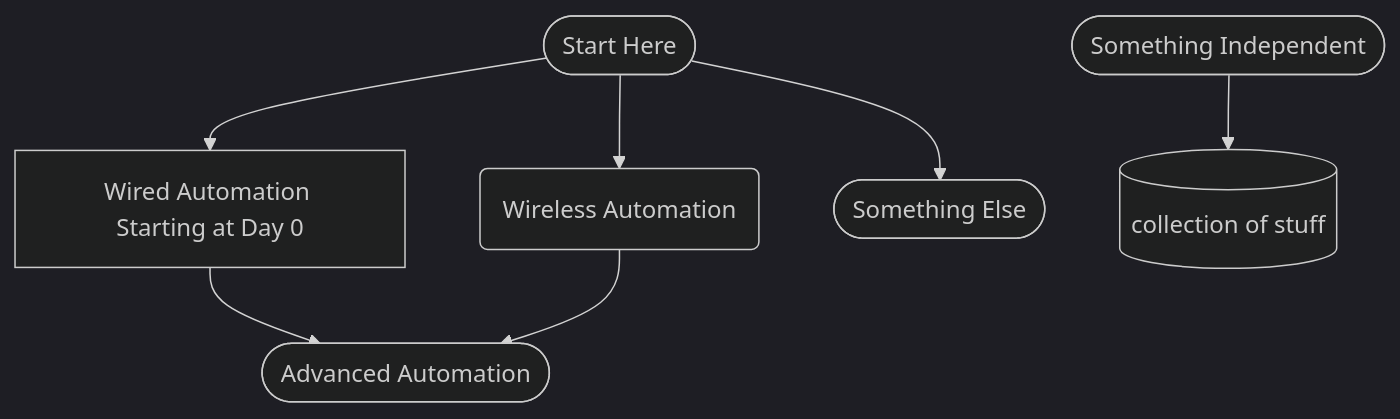
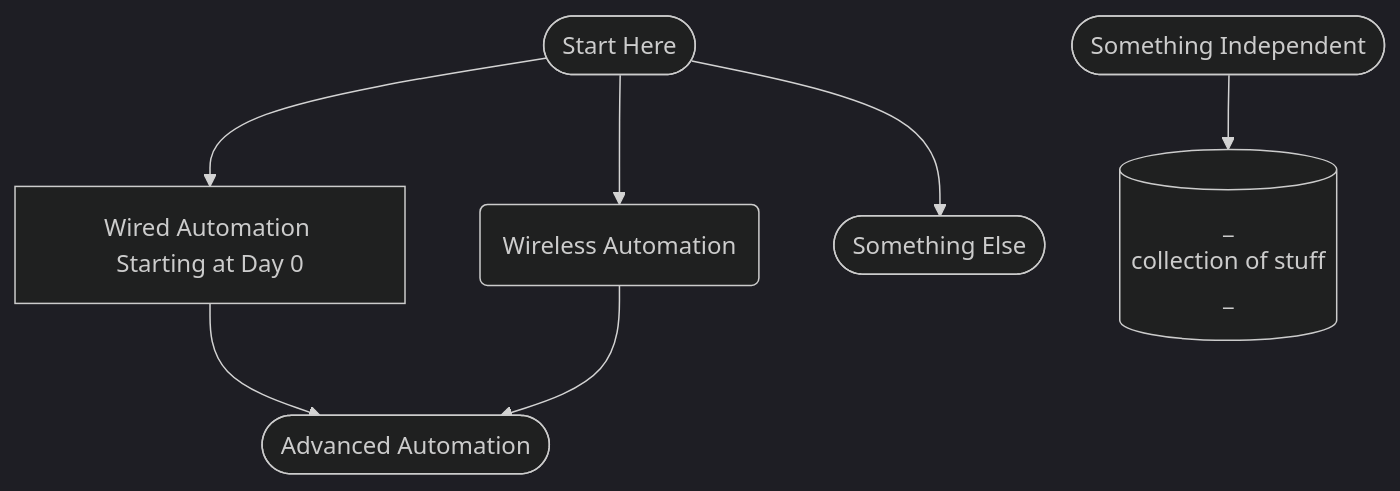
The diagram in flowdiagram.md (chanhale/toshare), drawn with Mermaid (dark theme) before and after one commit.

````diff
--- a/flowdiagram.md
+++ b/flowdiagram.md
@@ -3,17 +3,18 @@
 ```mermaid
 graph TD;
     box1([Start Here]);
     box2[Wired Automation Starting at Day 0];
     box3(Wireless Automation);
     box4([Something Else]);
     box5([Advanced Automation]);
     box6([Something Independent]);
-    box7[("`
-     collection of stuff`")];
+    box7[("`_
+     collection of stuff
+    _`")];
     box1-->box2 & box3 & box4;
     box2 & box3-->box5;
     box6-->box7;
     click box2 "https://github.com/kebaldwi/DNAC-TEMPLATES/tree/master/LABS/LAB-1-Wired-Automation" "wired";
     click box3 "https://github.com/kebaldwi/DNAC-TEMPLATES/tree/master/LABS/LAB-2-Wireless-Automation" "wireless";
     click box5 "https://github.com/kebaldwi/DNAC-TEMPLATES/tree/master/LABS/LAB-3-Advanced-Automation" "advanced";
 ```
````
